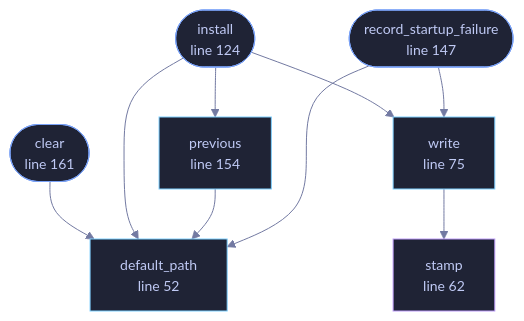
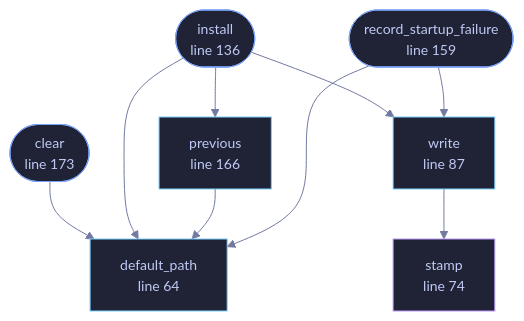
One commit to tilas01/veilvoice changed the diagram in docs/files/veilvoice-gui/crashlog.md. Above: the diagram before and after it, drawn with Mermaid. The commit also changed other lines of this file and 487 other files, not shown here.

````diff
--- a/docs/files/veilvoice-gui/crashlog.md
+++ b/docs/files/veilvoice-gui/crashlog.md
@@ -100,32 +113,32 @@
 ```mermaid
 %%{init: {"theme":"base","themeVariables":{"background":"#1a1b26","primaryColor":"#1f2335","primaryTextColor":"#c0caf5","primaryBorderColor":"#7aa2f7","secondaryColor":"#16161e","tertiaryColor":"#16161e","lineColor":"#737aa2","textColor":"#c0caf5","mainBkg":"#1f2335","nodeBorder":"#7aa2f7","clusterBkg":"#16161e","clusterBorder":"#2f3549","fontFamily":"ui-monospace, SFMono-Regular, Consolas, monospace","fontSize":"14px"}}}%%
 flowchart TD
-    n_default_path["default_path<br/>line 52"]
-    n_stamp["stamp<br/>line 62"]
-    n_write["write<br/>line 75"]
-    n_install(["install<br/>line 124"])
-    n_record_startup_failure(["record_startup_failure<br/>line 147"])
-    n_previous["previous<br/>line 154"]
-    n_clear(["clear<br/>line 161"])
+    n_default_path["default_path<br/>line 64"]
+    n_stamp["stamp<br/>line 74"]
+    n_write["write<br/>line 87"]
+    n_install(["install<br/>line 136"])
+    n_record_startup_failure(["record_startup_failure<br/>line 159"])
+    n_previous["previous<br/>line 166"]
+    n_clear(["clear<br/>line 173"])
     n_clear --> n_default_path
     n_install --> n_default_path
     n_install --> n_previous
     n_install --> n_write
     n_previous --> n_default_path
     n_record_startup_failure --> n_default_path
     n_record_startup_failure --> n_write
     n_write --> n_stamp
-    click n_default_path href "https://github.com/tilas01/veilvoice/blob/main/crates/veilvoice-gui/src/crashlog.rs#L52" "open the source"
-    click n_stamp href "https://github.com/tilas01/veilvoice/blob/main/crates/veilvoice-gui/src/crashlog.rs#L62" "open the source"
-    click n_write href "https://github.com/tilas01/veilvoice/blob/main/crates/veilvoice-gui/src/crashlog.rs#L75" "open the source"
-    click n_install href "https://github.com/tilas01/veilvoice/blob/main/crates/veilvoice-gui/src/crashlog.rs#L124" "open the source"
-    click n_record_startup_failure href "https://github.com/tilas01/veilvoice/blob/main/crates/veilvoice-gui/src/crashlog.rs#L147" "open the source"
-    click n_previous href "https://github.com/tilas01/veilvoice/blob/main/crates/veilvoice-gui/src/crashlog.rs#L154" "open the source"
-    click n_clear href "https://github.com/tilas01/veilvoice/blob/main/crates/veilvoice-gui/src/crashlog.rs#L161" "open the source"
+    click n_default_path href "https://github.com/tilas01/veilvoice/blob/main/crates/veilvoice-gui/src/crashlog.rs#L64" "open the source"
+    click n_stamp href "https://github.com/tilas01/veilvoice/blob/main/crates/veilvoice-gui/src/crashlog.rs#L74" "open the source"
+    click n_write href "https://github.com/tilas01/veilvoice/blob/main/crates/veilvoice-gui/src/crashlog.rs#L87" "open the source"
+    click n_install href "https://github.com/tilas01/veilvoice/blob/main/crates/veilvoice-gui/src/crashlog.rs#L136" "open the source"
+    click n_record_startup_failure href "https://github.com/tilas01/veilvoice/blob/main/crates/veilvoice-gui/src/crashlog.rs#L159" "open the source"
+    click n_previous href "https://github.com/tilas01/veilvoice/blob/main/crates/veilvoice-gui/src/crashlog.rs#L166" "open the source"
+    click n_clear href "https://github.com/tilas01/veilvoice/blob/main/crates/veilvoice-gui/src/crashlog.rs#L173" "open the source"
     classDef entry fill:#1f2335,stroke:#7aa2f7,color:#c0caf5
     class n_install,n_record_startup_failure,n_clear entry
     classDef api fill:#1f2335,stroke:#7dcfff,color:#c0caf5
     class n_default_path,n_write,n_previous api
     classDef helper fill:#1f2335,stroke:#bb9af7,color:#c0caf5
     class n_stamp helper
 ```
````
